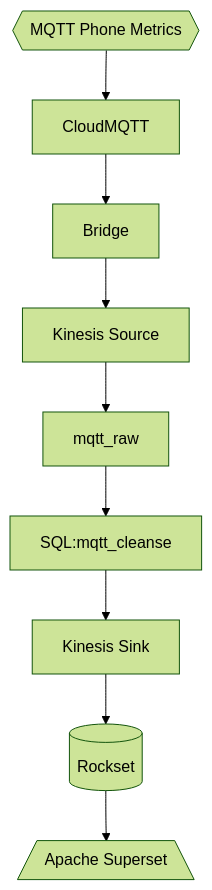
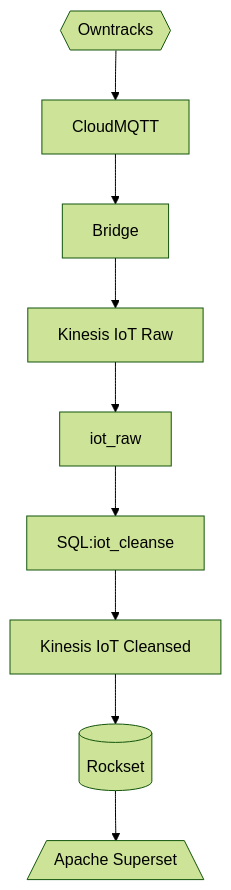
The diagram in rockset/README.md (decodableco/examples), drawn with Mermaid (forest theme) before and after one commit. The commit also changed other lines of this file and 2 other files, not shown here.

````diff
--- a/rockset/README.md
+++ b/rockset/README.md
@@ -5,8 +5,8 @@
 ```mermaid
 flowchart TD;
-    ms{{MQTT Phone Metrics}}-->CloudMQTT-->Bridge-->K1[Kinesis Source]
+    ms{{Owntracks}}-->CloudMQTT-->Bridge-->K1[Kinesis IoT Raw]
 
-    K1-->mqtt_raw-->SQL:mqtt_cleanse-->K2[Kinesis Sink]-->db[(Rockset)]-->as[/Apache Superset\]
+    K1-->iot_raw-->SQL:iot_cleanse-->K2[Kinesis IoT Cleansed]-->db[(Rockset)]-->as[/Apache Superset\]
 
 
 ```
````
